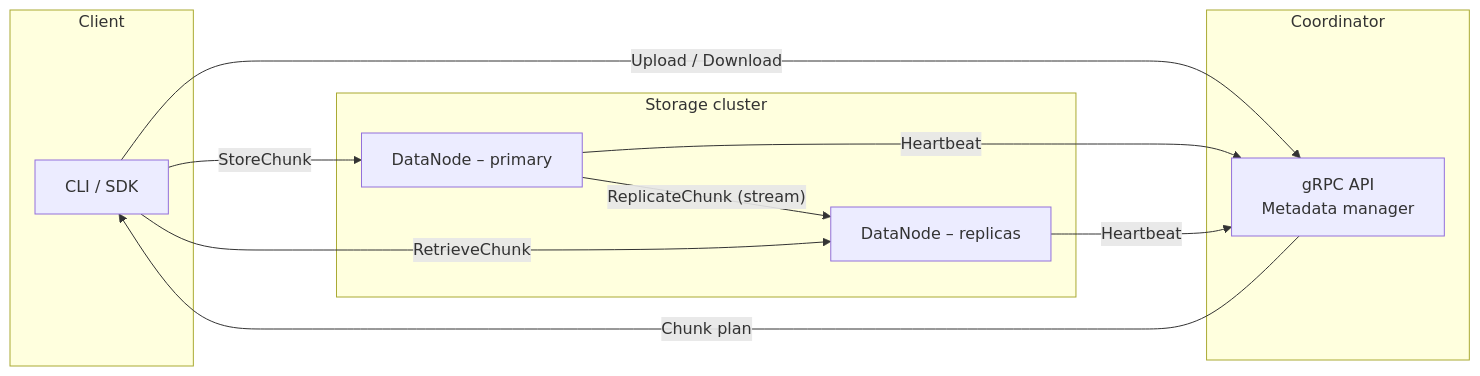
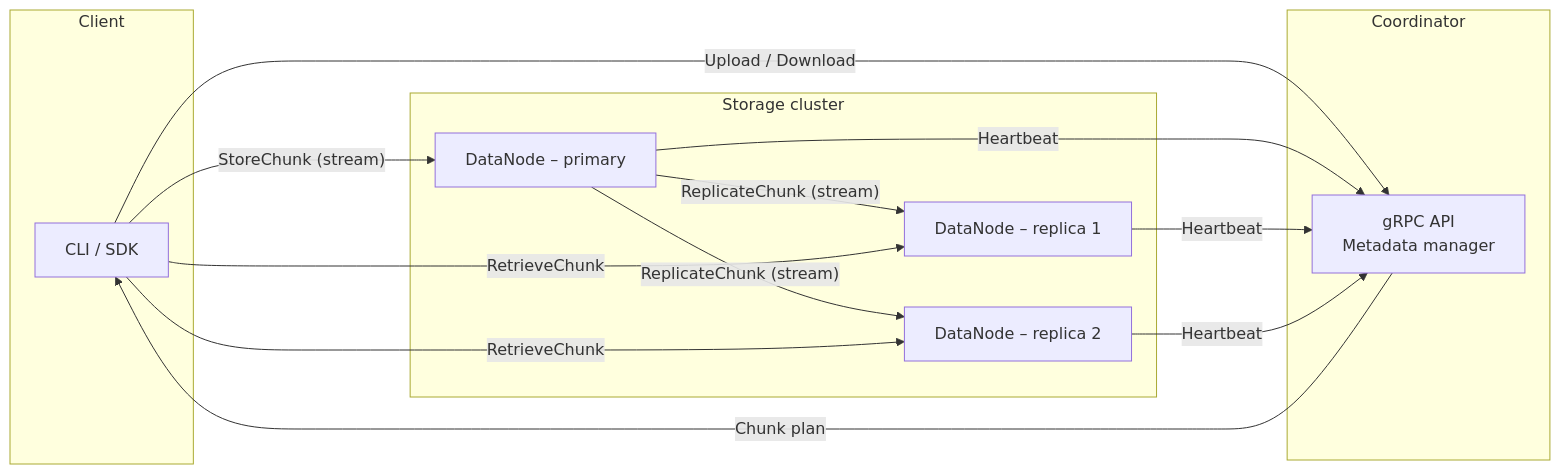
One commit to mochivi/distributed-file-system changed the first of 2 diagrams in docs/design.md. Above: the diagram before and after it, drawn with Mermaid. The commit also changed other lines of this file and 1 other file, not shown here.

````diff
--- a/docs/design.md
+++ b/docs/design.md
@@ -5,31 +5,35 @@
 ```mermaid
 flowchart LR
     subgraph "Client"
         A["CLI / SDK"]
     end
 
     subgraph "Coordinator"
-        C1["gRPC API\nMetadata manager"]
+        C1["gRPC API<br/>Metadata manager"]
     end
 
     subgraph "Storage cluster"
         DN1["DataNode – primary"]
-        DN2["DataNode – replicas"]
+        DN2["DataNode – replica 1"]
+        DN3["DataNode – replica 2"]
     end
 
     A -- "Upload / Download" --> C1
     C1 -- "Chunk plan" --> A
 
     %% Client writes chunk to primary
-    A -- "StoreChunk" --> DN1
+    A -- "StoreChunk (stream)" --> DN1
 
     %% Primary replicates chunk via streaming gRPC
     DN1 -- "ReplicateChunk (stream)" --> DN2
+    DN1 -- "ReplicateChunk (stream)" --> DN3
 
     %% Reads can hit any replica
     A -- "RetrieveChunk" --> DN2
+    A -- "RetrieveChunk" --> DN3
 
     %% Health-checks
     DN1 -- "Heartbeat" --> C1
     DN2 -- "Heartbeat" --> C1
+    DN3 -- "Heartbeat" --> C1
 ```
````
